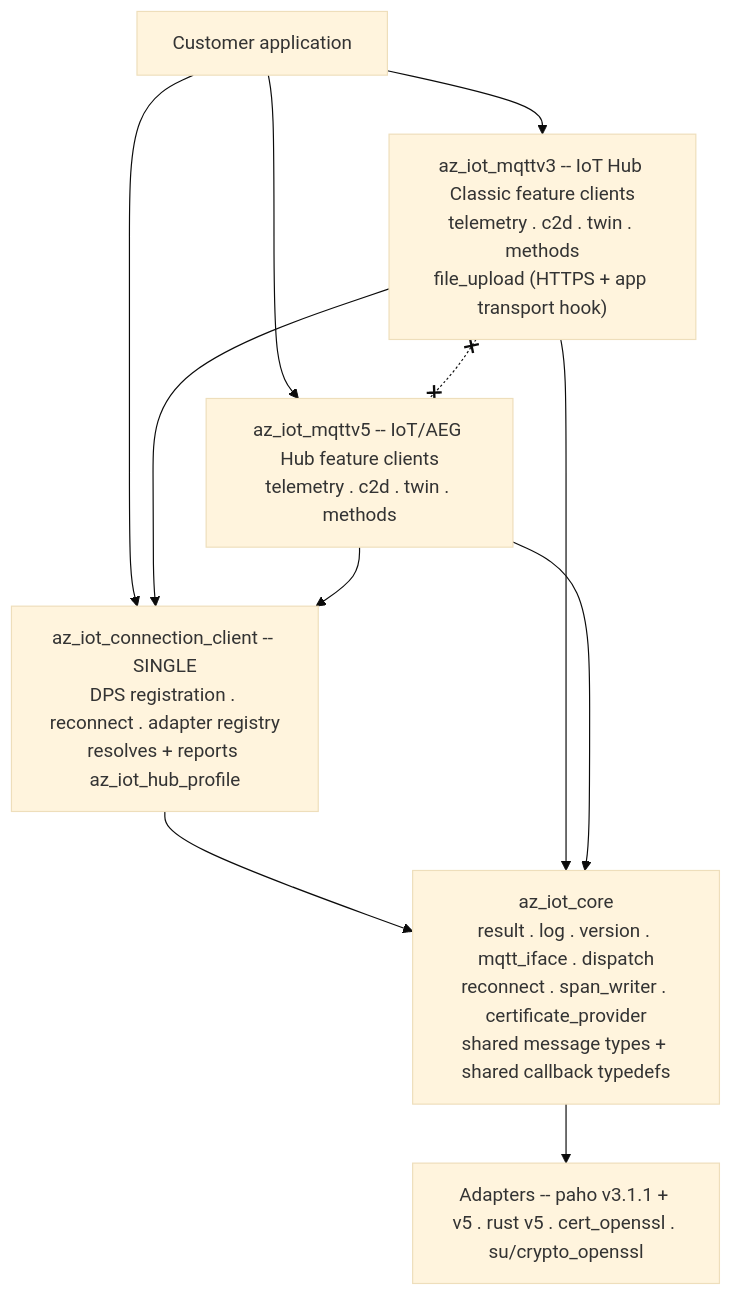
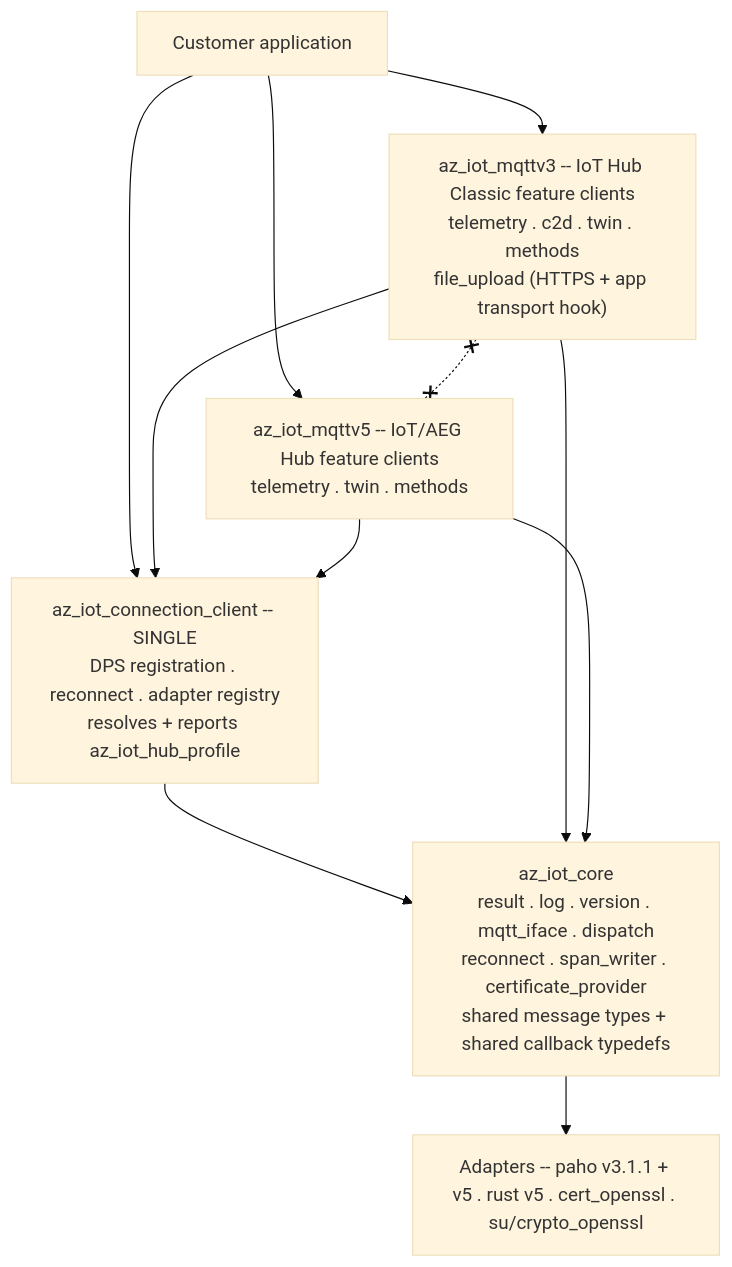
One commit to Azure/azure-iot-sdk changed the first of 2 diagrams in c/docs/eng/client-separation.md. Above: the diagram before and after it, drawn with Mermaid (base theme). The commit also changed other lines of this file and 26 other files, not shown here.

First line of the commit message:
[C] Remove C2D from the MQTTv5 (AEG) API, samples, tests and docs

````diff
--- a/c/docs/eng/client-separation.md
+++ b/c/docs/eng/client-separation.md
@@ -412,20 +430,20 @@
 ```mermaid
 flowchart TB
     APP["Customer application"]
     G1["az_iot_mqttv3 -- IoT Hub Classic feature clients<br/>telemetry . c2d . twin . methods<br/>file_upload (HTTPS + app transport hook)"]
-    G2["az_iot_mqttv5 -- IoT/AEG Hub feature clients<br/>telemetry . c2d . twin . methods"]
+    G2["az_iot_mqttv5 -- IoT/AEG Hub feature clients<br/>telemetry . twin . methods"]
     CONN["az_iot_connection_client -- SINGLE<br/>DPS registration . reconnect . adapter registry<br/>resolves + reports az_iot_hub_profile"]
     CORE["az_iot_core<br/>result . log . version . mqtt_iface . dispatch<br/>reconnect . span_writer . certificate_provider<br/>shared message types + shared callback typedefs"]
     ADAPT["Adapters -- paho v3.1.1 + v5 . rust v5 . cert_openssl . su/crypto_openssl"]
 
     APP --> G1
     APP --> G2
     APP --> CONN
     G1 --> CONN
     G2 --> CONN
     CONN --> CORE
     G1 --> CORE
     G2 --> CORE
     CORE --> ADAPT
     G1 x-.-x G2
 ```
````
